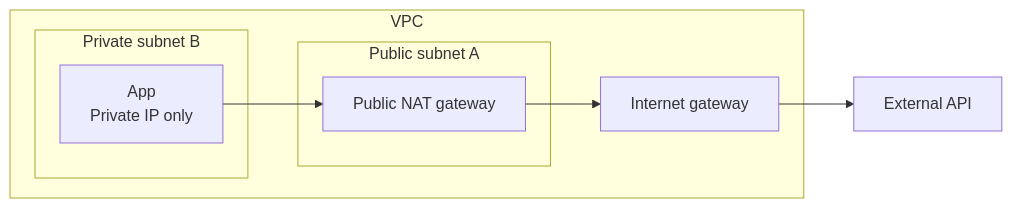
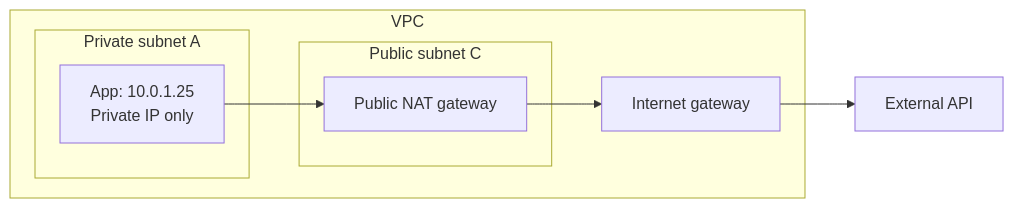
Before and after one commit to slinjhu/akashic: the second of 3 diagrams in docs/aws/networking.md, drawn with Mermaid. The commit also changed other lines of this file, not shown here.

````diff
--- a/docs/aws/networking.md
+++ b/docs/aws/networking.md
@@ -126,13 +162,13 @@
 ```mermaid
 flowchart LR
     subgraph vpc["VPC"]
-        subgraph private["Private subnet B"]
-            app["App<br/>Private IP only"]
+        subgraph private["Private subnet A"]
+            app["App: 10.0.1.25<br/>Private IP only"]
         end
-        subgraph public["Public subnet A"]
+        subgraph public["Public subnet C"]
             nat["Public NAT gateway"]
         end
         igw["Internet gateway"]
     end
     app --> nat --> igw --> internet["External API"]
 ```
````
